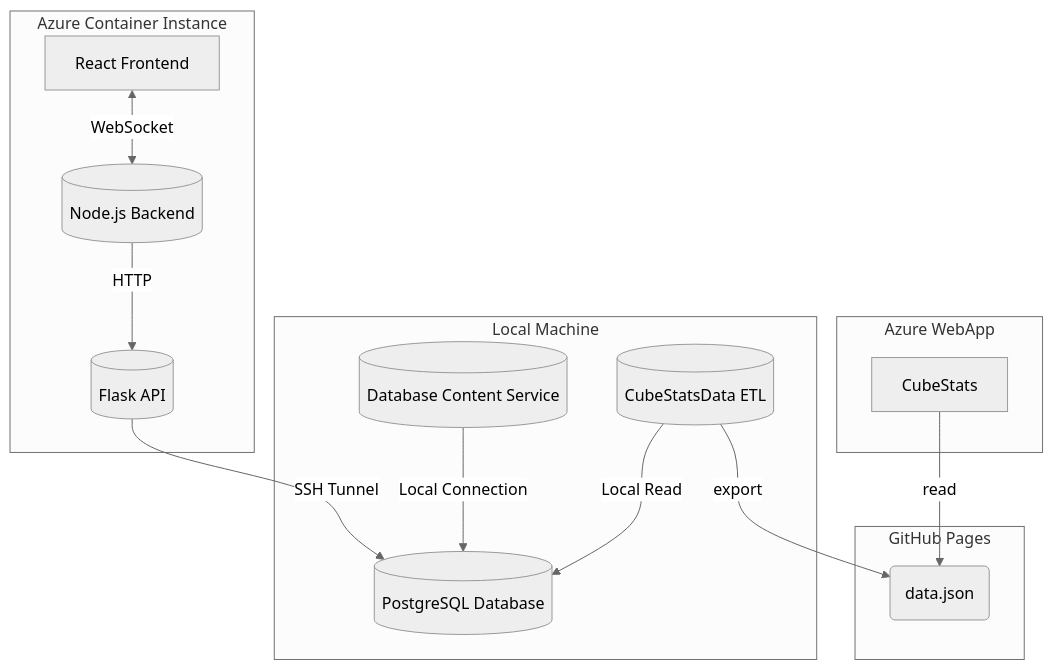
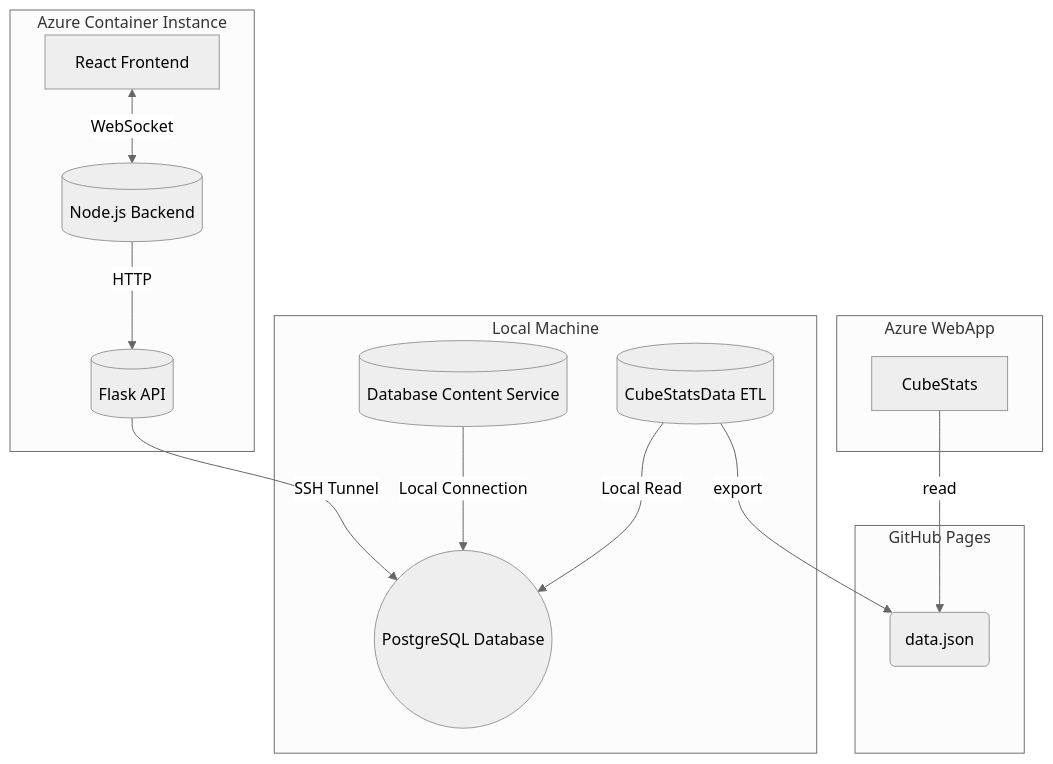
One commit to EeroAnt/CubeDraftSimulator changed the diagram in Documentation/TechnicalOverview.md. Above: the diagram before and after it, drawn with Mermaid (neutral theme).

Commit message:
reviewing mermaid graph

````diff
--- a/Documentation/TechnicalOverview.md
+++ b/Documentation/TechnicalOverview.md
@@ -5,32 +5,32 @@
 ```mermaid
 graph TD
 
     subgraph GitHub Pages
         DraftData(data.json)
     end
 
     subgraph Azure WebApp
         CubeStats[CubeStats]
         CubeStats -- read --> DraftData
     end
 
     subgraph Local Machine
-        DB[(PostgreSQL Database)]
+        DB((PostgreSQL Database))
         DCS[(Database Content Service)]
         CubeStatsData[(CubeStatsData ETL)]
         DCS -- Local Connection --> DB
         CubeStatsData -- Local Read --> DB
         CubeStatsData -- export --> DraftData
     end
 
     subgraph Azure Container Instance
         React[React Frontend]
         Node[(Node.js Backend)]
         FlaskAPI[(Flask API)]
         
         React <-- WebSocket --> Node
         Node -- HTTP --> FlaskAPI
         FlaskAPI -- SSH Tunnel --> DB
     end
 
  ```
````
